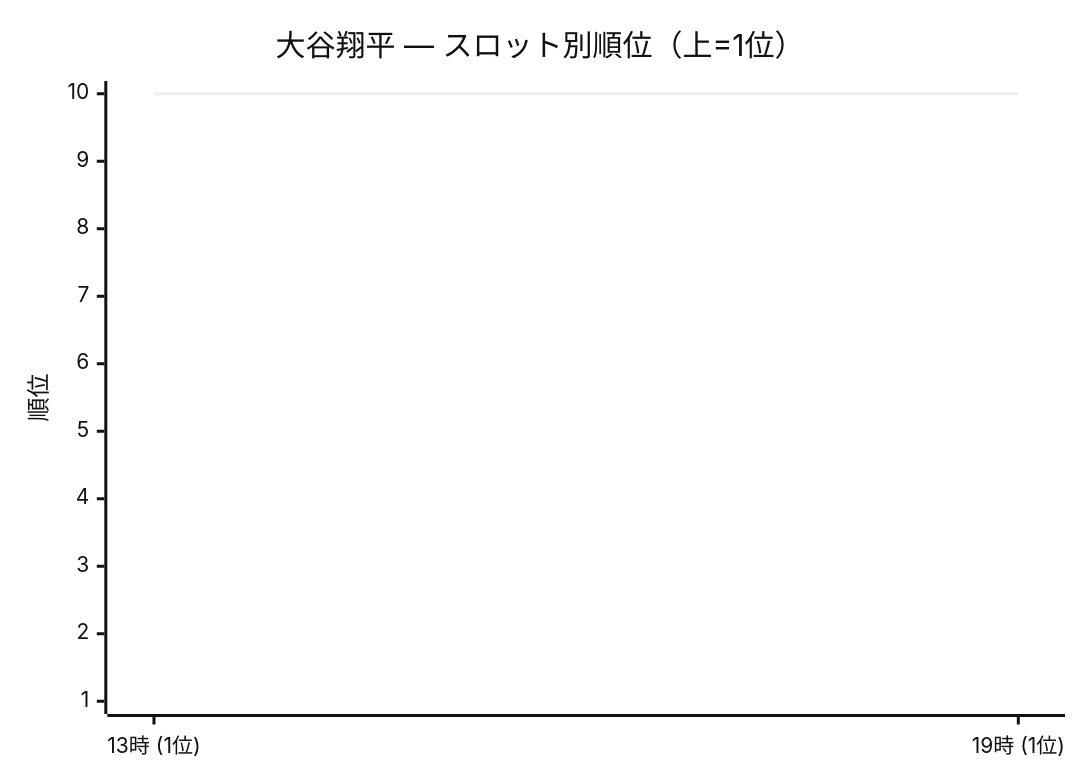
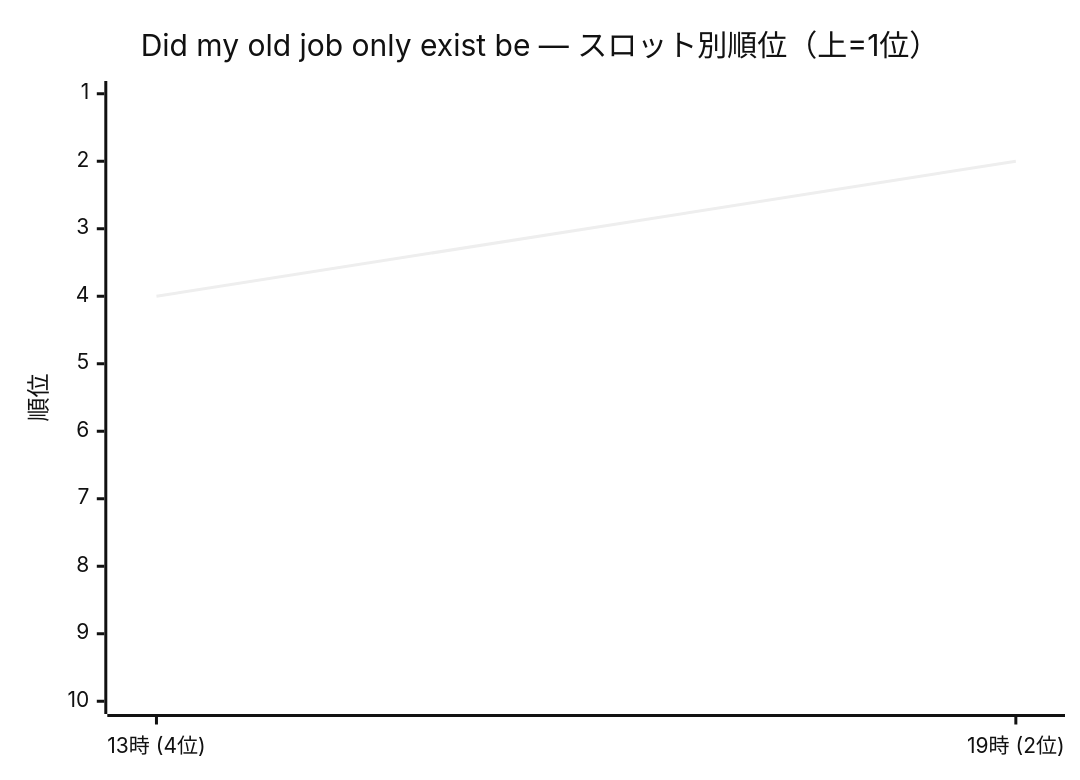
The diagram in docs/summaries/daily/2026-06-22.md (rushhirosan/trend-dashboard), drawn with Mermaid (neutral theme) before and after one commit. The commit also changed other lines of this file and 12 other files, not shown here.

````diff
--- a/docs/summaries/daily/2026-06-22.md
+++ b/docs/summaries/daily/2026-06-22.md
@@ -80,7 +52,7 @@
 ```mermaid
 xychart-beta
-    title "大谷翔平 — スロット別順位（上=1位）"
-    x-axis ["13時 (1位)", "19時 (1位)"]
-    y-axis "順位" 1 --> 10
-    line [10, 10]
+    title "Did my old job only exist be — スロット別順位（上=1位）"
+    x-axis ["13時 (4位)", "19時 (2位)"]
+    y-axis "順位" 10 --> 1
+    line [4, 2]
 ```
````
